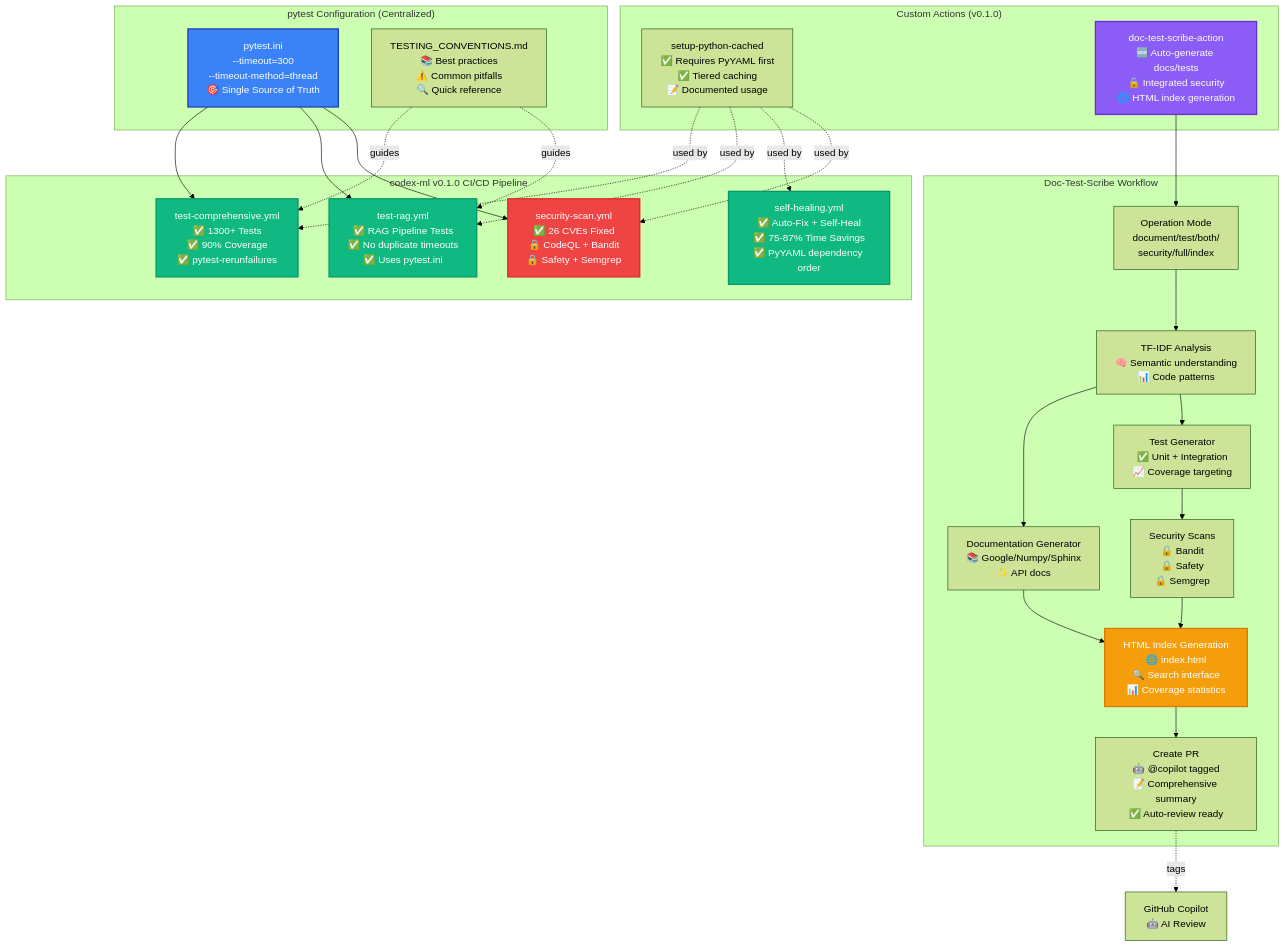
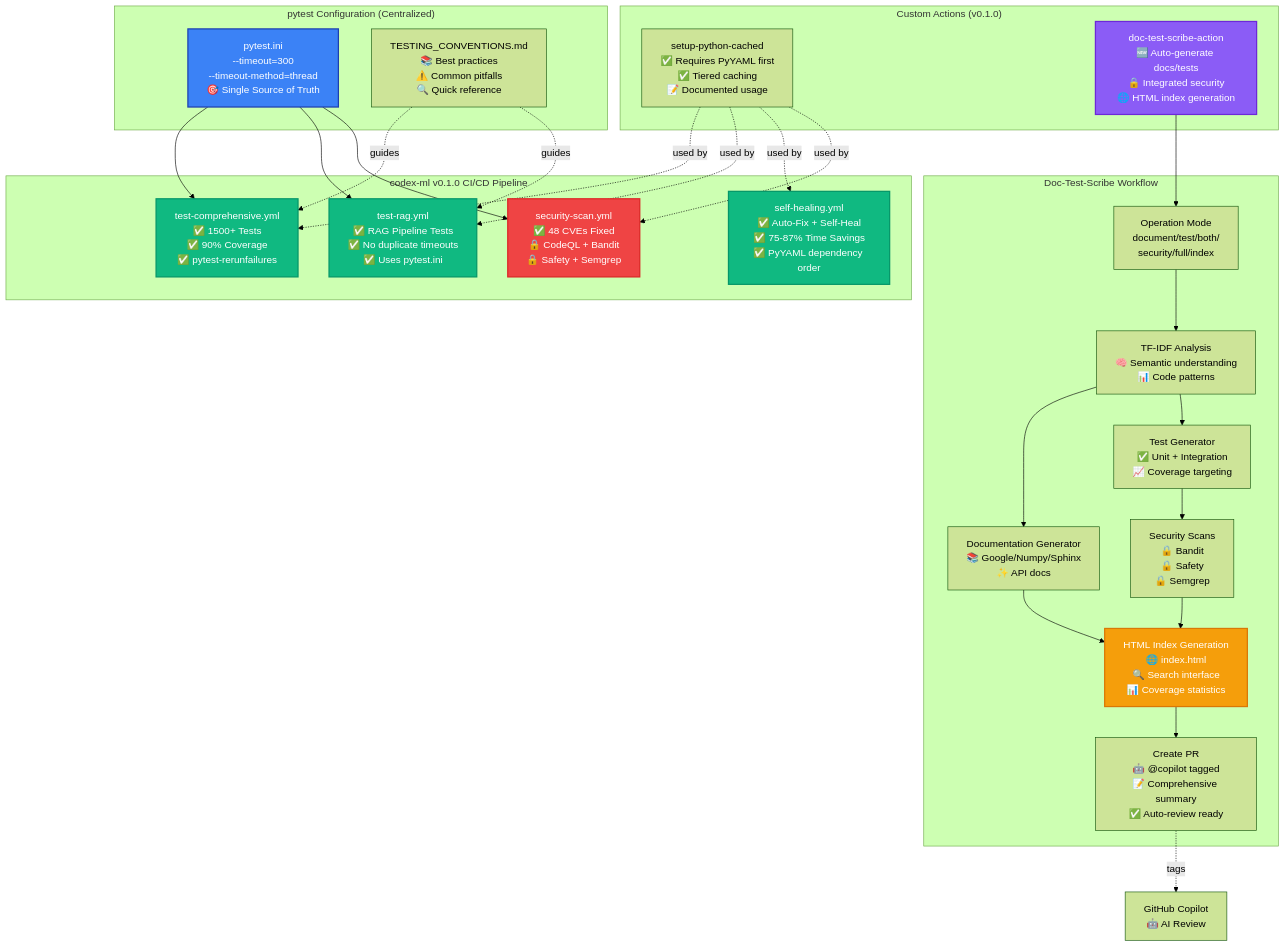
One commit to Aries-Serpent/_codex_ changed the first of 13 diagrams in docs/REPOSITORY_ARCHITECTURE_DIAGRAMS.md. Above: the diagram before and after it, drawn with Mermaid (forest theme). The commit also changed other lines of this file and 9 other files, not shown here.

First line of the commit message:
S83: Implement marshmallow 3→4 upgrade (PR #3287), make great-expectations optional, update diagrams/READMEs/knowledge-graph/cognitive-brain

````diff
--- a/docs/REPOSITORY_ARCHITECTURE_DIAGRAMS.md
+++ b/docs/REPOSITORY_ARCHITECTURE_DIAGRAMS.md
@@ -29,64 +29,64 @@
 ```mermaid
 graph TB
     subgraph "codex-ml v0.1.0 CI/CD Pipeline"
-        TC[test-comprehensive.yml<br/>✅ 1300+ Tests<br/>✅ 90% Coverage<br/>✅ pytest-rerunfailures]
+        TC[test-comprehensive.yml<br/>✅ 1500+ Tests<br/>✅ 90% Coverage<br/>✅ pytest-rerunfailures]
         TR[test-rag.yml<br/>✅ RAG Pipeline Tests<br/>✅ No duplicate timeouts<br/>✅ Uses pytest.ini]
         SH[self-healing.yml<br/>✅ Auto-Fix + Self-Heal<br/>✅ 75-87% Time Savings<br/>✅ PyYAML dependency order]
-        SEC[security-scan.yml<br/>✅ 26 CVEs Fixed<br/>🔒 CodeQL + Bandit<br/>🔒 Safety + Semgrep]
+        SEC[security-scan.yml<br/>✅ 48 CVEs Fixed<br/>🔒 CodeQL + Bandit<br/>🔒 Safety + Semgrep]
     end
     
     subgraph "pytest Configuration (Centralized)"
         PI[pytest.ini<br/>--timeout=300<br/>--timeout-method=thread<br/>🎯 Single Source of Truth]
         CONV[TESTING_CONVENTIONS.md<br/>📚 Best practices<br/>⚠️ Common pitfalls<br/>🔍 Quick reference]
     end
     
     subgraph "Custom Actions (v0.1.0)"
         SPC[setup-python-cached<br/>✅ Requires PyYAML first<br/>✅ Tiered caching<br/>📝 Documented usage]
         DTS[doc-test-scribe-action<br/>🆕 Auto-generate docs/tests<br/>🔒 Integrated security<br/>🌐 HTML index generation]
     end
     
     subgraph "Doc-Test-Scribe Workflow"
         MODE[Operation Mode<br/>document/test/both/<br/>security/full/index]
         ANALYZE[TF-IDF Analysis<br/>🧠 Semantic understanding<br/>📊 Code patterns]
         GENDOC[Documentation Generator<br/>📚 Google/Numpy/Sphinx<br/>✨ API docs]
         GENTEST[Test Generator<br/>✅ Unit + Integration<br/>📈 Coverage targeting]
         SECURITY[Security Scans<br/>🔒 Bandit<br/>🔒 Safety<br/>🔒 Semgrep]
         HTML[HTML Index Generation<br/>🌐 index.html<br/>🔍 Search interface<br/>📊 Coverage statistics]
         PR[Create PR<br/>🤖 @copilot tagged<br/>📝 Comprehensive summary<br/>✅ Auto-review ready]
     end
     
     %% Configuration flows
     PI --> TC
     PI --> TR
     PI --> SEC
     CONV -.guides.-> TC
     CONV -.guides.-> TR
     
     %% Custom action usage
     SPC -.used by.-> TC
     SPC -.used by.-> TR
     SPC -.used by.-> SH
     SPC -.used by.-> SEC
     
     %% Doc-Test-Scribe workflow
     MODE --> ANALYZE
     ANALYZE --> GENDOC
     ANALYZE --> GENTEST
     GENDOC --> HTML
     GENTEST --> SECURITY
     SECURITY --> HTML
     HTML --> PR
     
     %% Integration points
     DTS --> MODE
     PR -.tags.-> Copilot[GitHub Copilot<br/>🤖 AI Review]
     
     %% Styling v0.1.0
     style TC fill:#10b981,stroke:#059669,stroke-width:2px,color:#fff
     style TR fill:#10b981,stroke:#059669,stroke-width:2px,color:#fff
     style SH fill:#10b981,stroke:#059669,stroke-width:2px,color:#fff
     style SEC fill:#ef4444,stroke:#dc2626,stroke-width:2px,color:#fff
     style PI fill:#3b82f6,stroke:#1e40af,stroke-width:2px,color:#fff
     style DTS fill:#8b5cf6,stroke:#6d28d9,stroke-width:2px,color:#fff
     style HTML fill:#f59e0b,stroke:#d97706,stroke-width:2px,color:#fff
 ```
````
